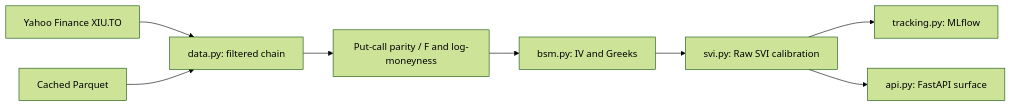
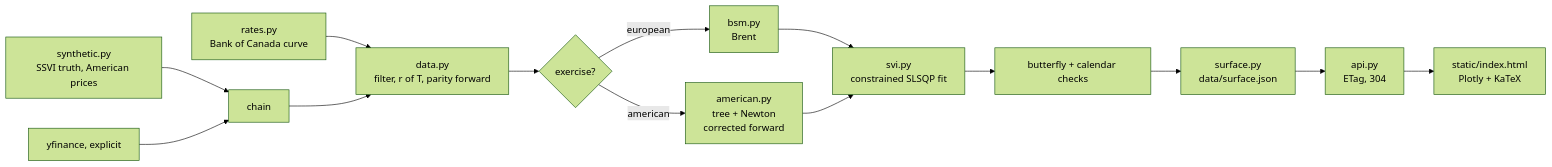
One commit to JairParra/TSX60-IV-Surface changed the diagram in README.md. Above: the diagram before and after it, drawn with Mermaid (forest theme). The commit also changed other lines of this file and 2 other files, not shown here.

First line of the commit message:
Rewrite the README and extend the whitepaper around the two exercise variants

````diff
--- a/README.md
+++ b/README.md
@@ -16,10 +113,16 @@
 ```mermaid
 flowchart LR
-    Y[Yahoo Finance XIU.TO] --> D[data.py: filtered chain]
-    F[Cached Parquet] --> D
-    D --> P[Put-call parity / F and log-moneyness]
-    P --> B[bsm.py: IV and Greeks]
-    B --> S[svi.py: Raw SVI calibration]
-    S --> M[tracking.py: MLflow]
-    S --> A[api.py: FastAPI surface]
+    G[synthetic.py<br/>SSVI truth, American prices] --> C[chain]
+    Y[yfinance, explicit] --> C
+    R[rates.py<br/>Bank of Canada curve] --> D
+    C --> D[data.py<br/>filter, r of T, parity forward]
+    D --> X{exercise?}
+    X -->|european| B[bsm.py<br/>Brent]
+    X -->|american| A[american.py<br/>tree + Newton<br/>corrected forward]
+    B --> S[svi.py<br/>constrained SLSQP fit]
+    A --> S
+    S --> V[butterfly + calendar checks]
+    V --> J[surface.py<br/>data/surface.json]
+    J --> API[api.py<br/>ETag, 304]
+    API --> UI[static/index.html<br/>Plotly + KaTeX]
 ```
````
